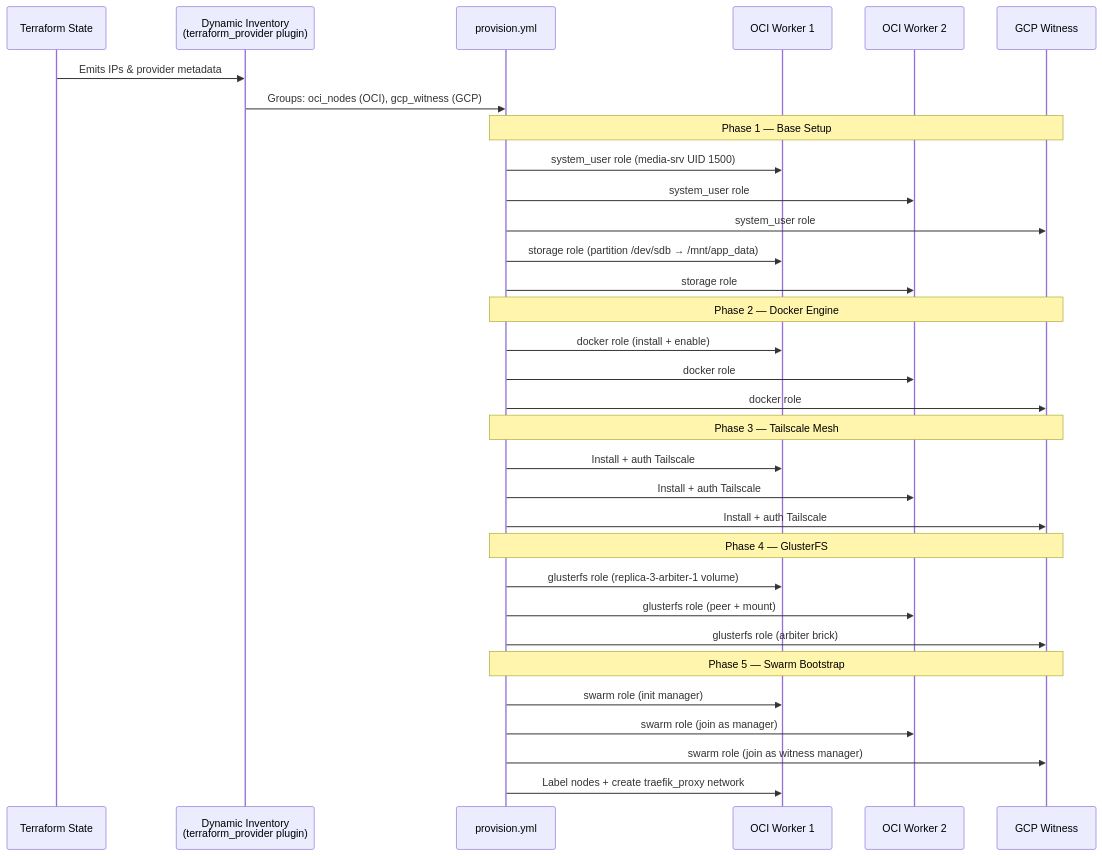
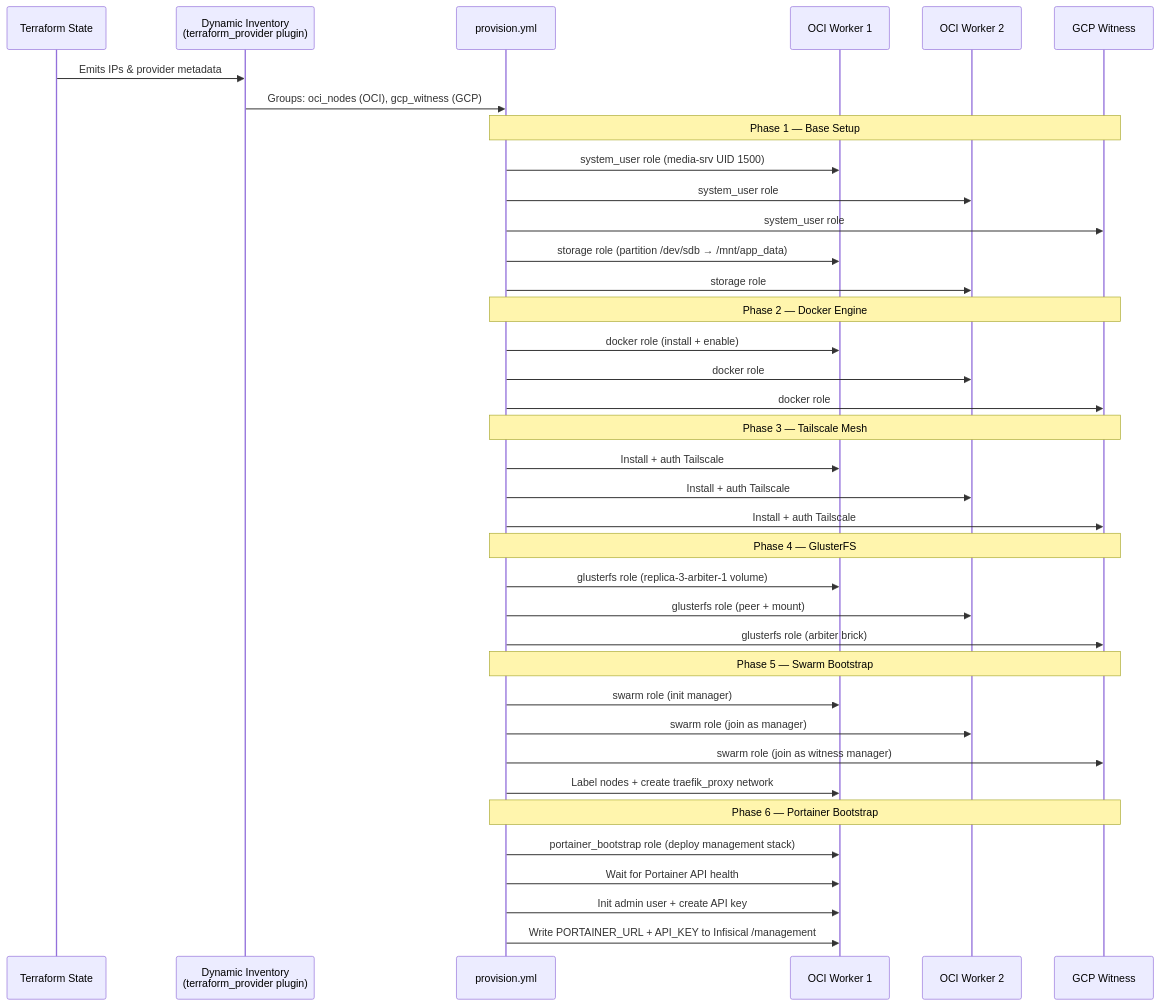
Before and after one commit to JoseStud/GoodOldMeServer: the diagram in docs/ansible.md, drawn with Mermaid. The commit also changed other lines of this file and 7 other files, not shown here.

Commit message:
feat: implement Portainer bootstrap role for management stack deployment and API key creation

````diff
--- a/docs/ansible.md
+++ b/docs/ansible.md
@@ -9,40 +9,46 @@
 ```mermaid
 sequenceDiagram
     participant TF as Terraform State
     participant INV as Dynamic Inventory<br/>(terraform_provider plugin)
     participant PB as provision.yml
     participant OCI1 as OCI Worker 1
     participant OCI2 as OCI Worker 2
     participant GCP as GCP Witness
 
     TF->>INV: Emits IPs & provider metadata
     INV->>PB: Groups: oci_nodes (OCI), gcp_witness (GCP)
 
     Note over PB,GCP: Phase 1 — Base Setup
     PB->>OCI1: system_user role (media-srv UID 1500)
     PB->>OCI2: system_user role
     PB->>GCP: system_user role
     PB->>OCI1: storage role (partition /dev/sdb → /mnt/app_data)
     PB->>OCI2: storage role
 
     Note over PB,GCP: Phase 2 — Docker Engine
     PB->>OCI1: docker role (install + enable)
     PB->>OCI2: docker role
     PB->>GCP: docker role
 
     Note over PB,GCP: Phase 3 — Tailscale Mesh
     PB->>OCI1: Install + auth Tailscale
     PB->>OCI2: Install + auth Tailscale
     PB->>GCP: Install + auth Tailscale
 
     Note over PB,GCP: Phase 4 — GlusterFS
     PB->>OCI1: glusterfs role (replica-3-arbiter-1 volume)
     PB->>OCI2: glusterfs role (peer + mount)
     PB->>GCP: glusterfs role (arbiter brick)
 
     Note over PB,GCP: Phase 5 — Swarm Bootstrap
     PB->>OCI1: swarm role (init manager)
     PB->>OCI2: swarm role (join as manager)
     PB->>GCP: swarm role (join as witness manager)
     PB->>OCI1: Label nodes + create traefik_proxy network
+
+    Note over PB,GCP: Phase 6 — Portainer Bootstrap
+    PB->>OCI1: portainer_bootstrap role (deploy management stack)
+    PB->>OCI1: Wait for Portainer API health
+    PB->>OCI1: Init admin user + create API key
+    PB->>OCI1: Write PORTAINER_URL + API_KEY to Infisical /management
 ```
````
